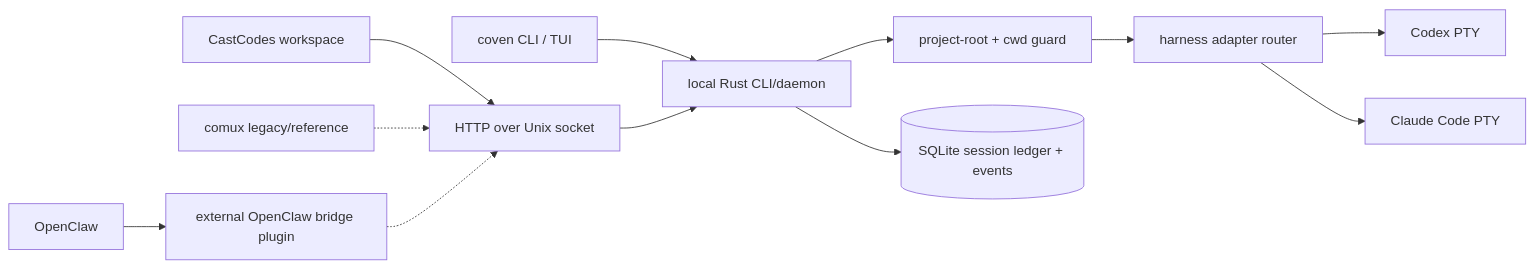
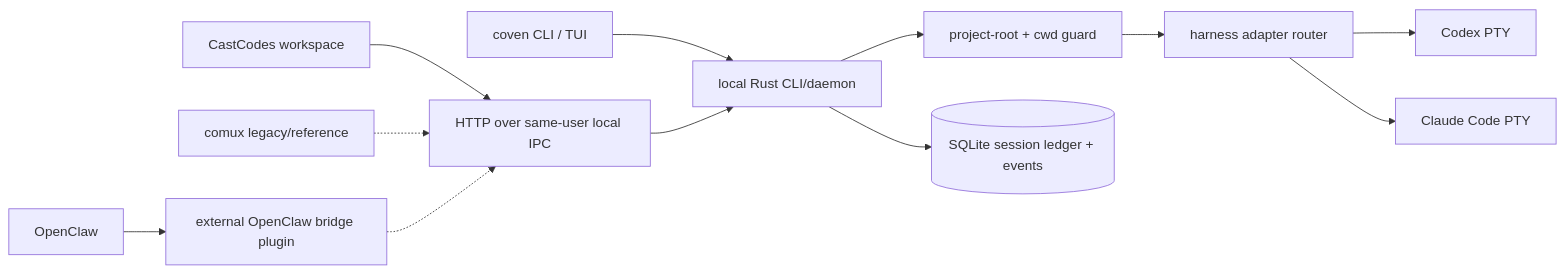
Before and after one commit to CompleteDotTech/coven: the diagram in docs/OPERATIONAL-MODEL.md, drawn with Mermaid. The commit also changed other lines of this file and 60 other files, not shown here.

````diff
--- a/docs/OPERATIONAL-MODEL.md
+++ b/docs/OPERATIONAL-MODEL.md
@@ -18,14 +18,14 @@
 ```mermaid
 flowchart LR
-  CastCodes[CastCodes workspace] --> Socket[HTTP over Unix socket]
+  CastCodes[CastCodes workspace] --> IPC[HTTP over same-user local IPC]
   CLI[coven CLI / TUI] --> Rust[local Rust CLI/daemon]
-  Comux[comux legacy/reference] -.-> Socket
+  Comux[comux legacy/reference] -.-> IPC
   OpenClaw[OpenClaw] --> Plugin[external OpenClaw bridge plugin]
-  Plugin -.-> Socket
-  Socket --> Rust
+  Plugin -.-> IPC
+  IPC --> Rust
   Rust --> Guard[project-root + cwd guard]
   Guard --> Router[harness adapter router]
   Router --> Codex[Codex PTY]
   Router --> Claude[Claude Code PTY]
   Rust --> Store[(SQLite session ledger + events)]
 ```
````
